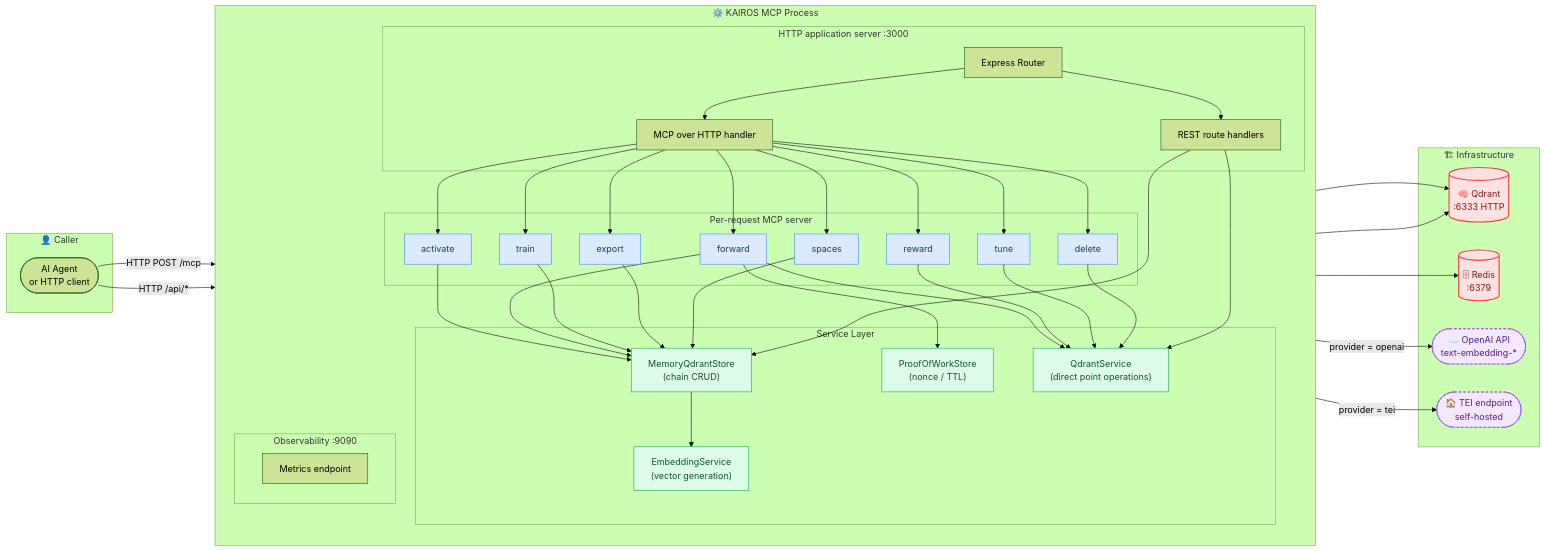
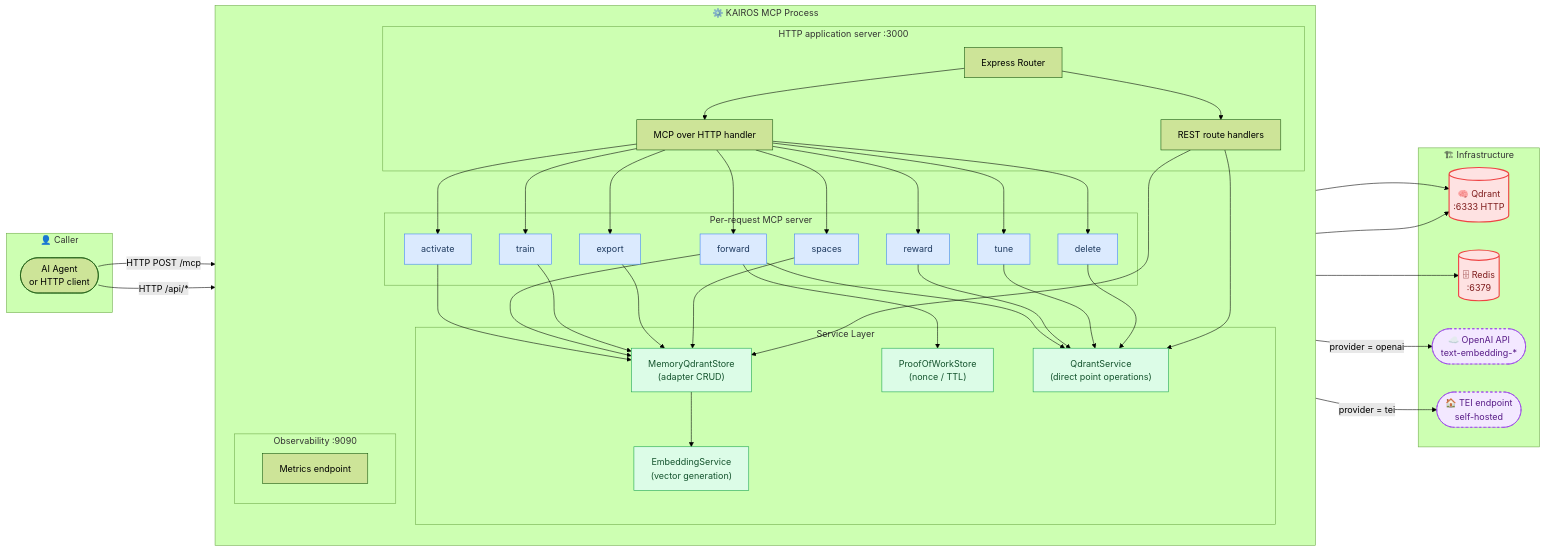
Before and after one commit to debian777/kairos-mcp: the third of 5 diagrams in docs/architecture/infrastructure.md, drawn with Mermaid (forest theme). The commit also changed other lines of this file and 137 other files, not shown here.

```diff
--- a/docs/architecture/infrastructure.md
+++ b/docs/architecture/infrastructure.md
@@ -196,7 +196,7 @@
 
         subgraph SERVICES["Service Layer"]
             MEM_SVC["MemoryQdrantStore
-            (chain CRUD)"]
+            (adapter CRUD)"]
             EMB_SVC["EmbeddingService
             (vector generation)"]
             POW_SVC["ProofOfWorkStore
```
